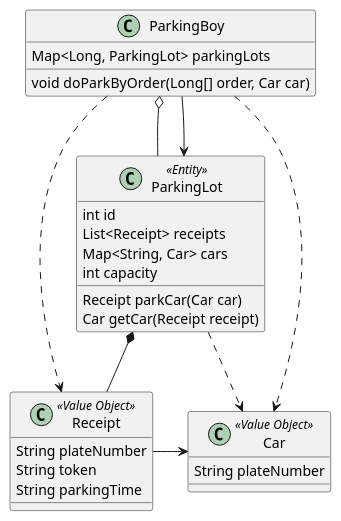
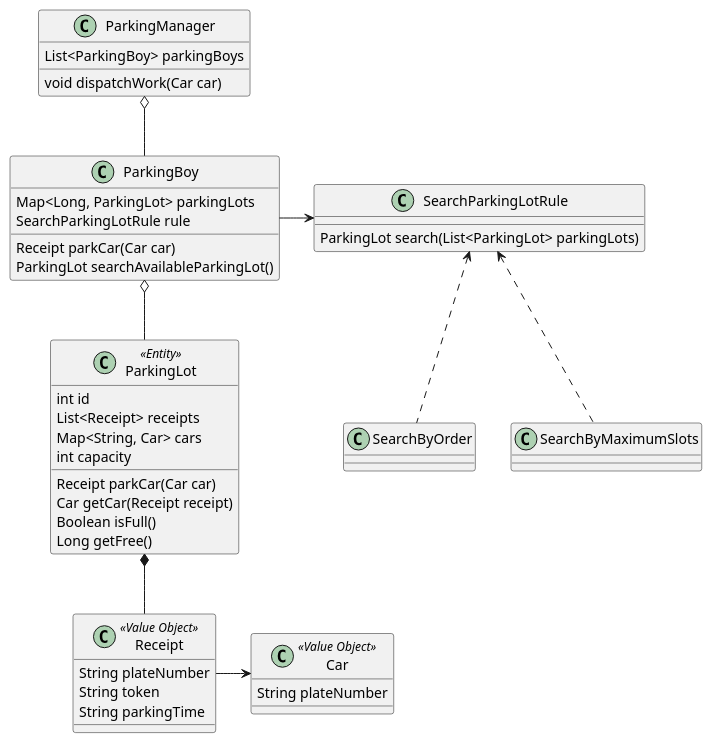
Before and after one commit to hxc1020/ParkingLot: the diagram in src/main/java/com/thoughtworks/ddd/ParkingLotUml.puml, drawn with PlantUML. The commit also changed 13 other files, not shown here.

```diff
--- a/src/main/java/com/thoughtworks/ddd/ParkingLotUml.puml
+++ b/src/main/java/com/thoughtworks/ddd/ParkingLotUml.puml
@@ -1,34 +1,58 @@
 @startuml
 class ParkingLot <<Entity>> {
   int id
   List<Receipt> receipts
   Map<String, Car> cars
   int capacity
 
   Receipt parkCar(Car car)
   Car getCar(Receipt receipt)
+  Boolean isFull()
+  Long getFree()
 }
 class Car <<Value Object>> {
   String plateNumber
 }
 class Receipt <<Value Object>> {
   String plateNumber
   String token
   String parkingTime
 }
 
 class ParkingBoy {
  Map<Long, ParkingLot> parkingLots
- void doParkByOrder(Long[] order, Car car)
+ SearchParkingLotRule rule
+
+ Receipt parkCar(Car car)
+ ParkingLot searchAvailableParkingLot()
+}
+
+class SearchParkingLotRule{
+ ParkingLot search(List<ParkingLot> parkingLots)
+}
+
+class SearchByOrder{
+}
+
+class SearchByMaximumSlots{
+}
+
+class ParkingManager{
+    List<ParkingBoy> parkingBoys
+
+    void dispatchWork(Car car)
 }
 
 ParkingLot *-- Receipt
-ParkingLot ..> Car
 
 Receipt -> Car
 
 ParkingBoy o-- ParkingLot
-ParkingBoy ..> Receipt
-ParkingBoy ..> Car
-ParkingBoy --> ParkingLot
+
+ParkingManager o-- ParkingBoy
+
+ParkingBoy-> SearchParkingLotRule
+
+SearchParkingLotRule <.. SearchByOrder
+SearchParkingLotRule <.. SearchByMaximumSlots
 @enduml
```
